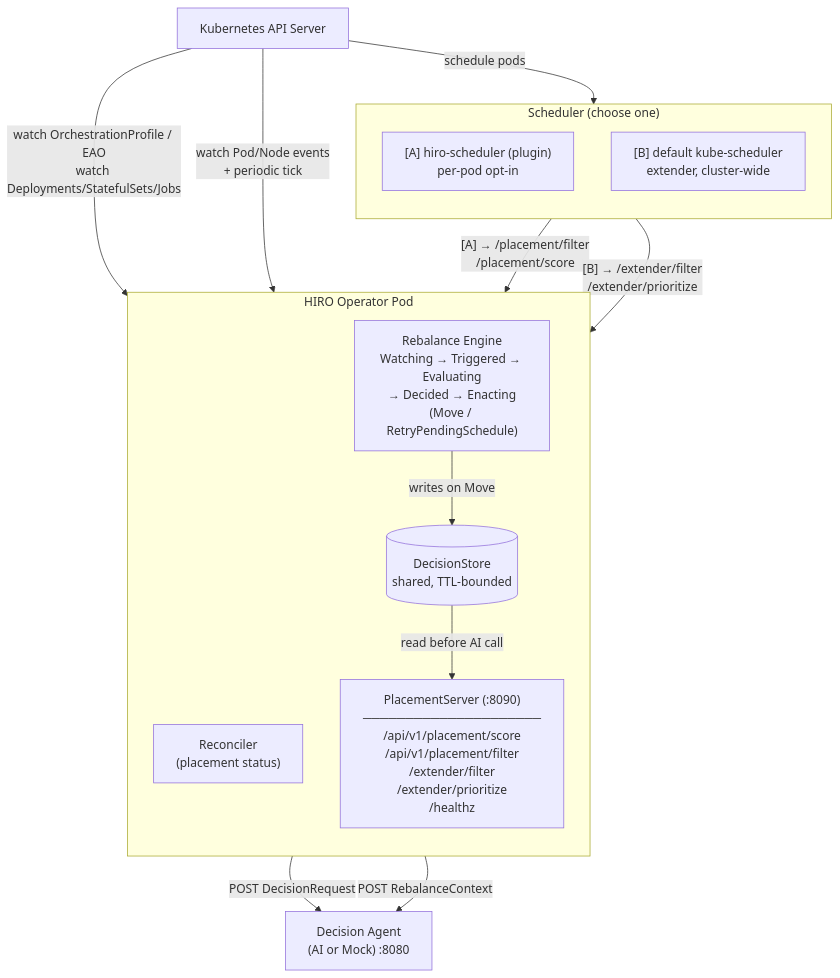
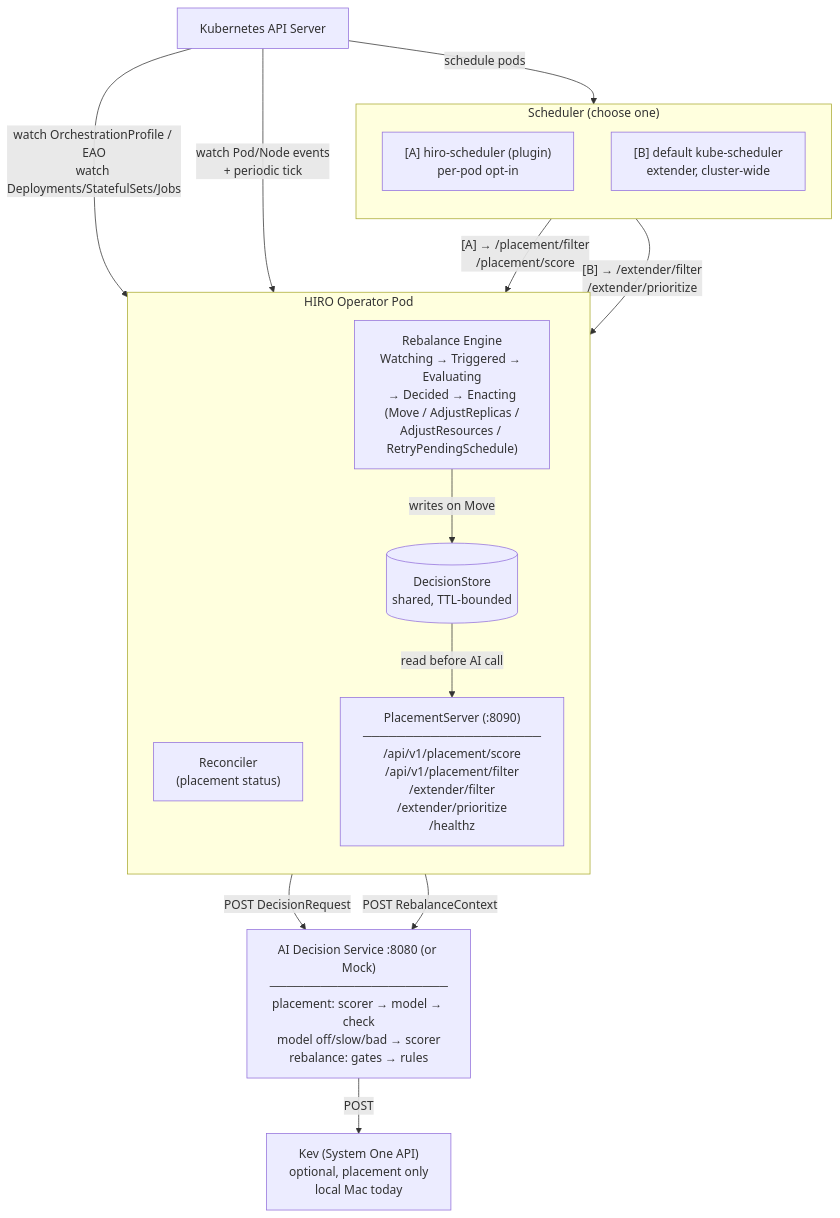
One commit to HIRO-MicroDataCenters-BV/hiro-adaptive-orchestrator changed the first of 5 diagrams in docs/architecture.md. Above: the diagram before and after it, drawn with Mermaid. The commit also changed other lines of this file, not shown here.

Commit message:
Make the agent and placement request timeouts configurable, let the demo accept Kev's answers, and show the AI Decision Service and Kev in the architecture doc

````diff
--- a/docs/architecture.md
+++ b/docs/architecture.md
@@ -51,31 +56,33 @@
 ```mermaid
 flowchart TB
     API["Kubernetes API Server"]
 
     subgraph Operator["HIRO Operator Pod"]
         direction TB
         Reconciler["Reconciler<br/>(placement status)"]
-        RE["Rebalance Engine<br/>Watching → Triggered → Evaluating<br/>→ Decided → Enacting<br/>(Move / RetryPendingSchedule)"]
+        RE["Rebalance Engine<br/>Watching → Triggered → Evaluating<br/>→ Decided → Enacting<br/>(Move / AdjustReplicas /<br/>AdjustResources / RetryPendingSchedule)"]
         Store[("DecisionStore<br/>shared, TTL-bounded")]
         PS["PlacementServer (:8090)<br/>─────────────────────<br/>/api/v1/placement/score<br/>/api/v1/placement/filter<br/>/extender/filter<br/>/extender/prioritize<br/>/healthz"]
 
         RE -->|"writes on Move"| Store
         Store -->|"read before AI call"| PS
     end
 
     subgraph SchedChoice["Scheduler (choose one)"]
         direction TB
         A["[A] hiro-scheduler (plugin)<br/>per-pod opt-in"]
         B["[B] default kube-scheduler<br/>extender, cluster-wide"]
     end
 
-    Agent["Decision Agent<br/>(AI or Mock) :8080"]
+    Agent["AI Decision Service :8080 (or Mock)<br/>─────────────────────<br/>placement: scorer → model → check<br/>model off/slow/bad → scorer<br/>rebalance: gates → rules"]
+    Kev["Kev (System One API)<br/>optional, placement only<br/>local Mac today"]
 
     API -->|"watch OrchestrationProfile / EAO<br/>watch Deployments/StatefulSets/Jobs"| Reconciler
     API -->|"watch Pod/Node events<br/>+ periodic tick"| RE
     API -->|"schedule pods"| SchedChoice
     A -->|"[A] → /placement/filter<br/>/placement/score"| PS
     B -->|"[B] → /extender/filter<br/>/extender/prioritize"| PS
     PS -->|"POST DecisionRequest"| Agent
     RE -->|"POST RebalanceContext"| Agent
+    Agent -->|"POST"| Kev
 ```
````
